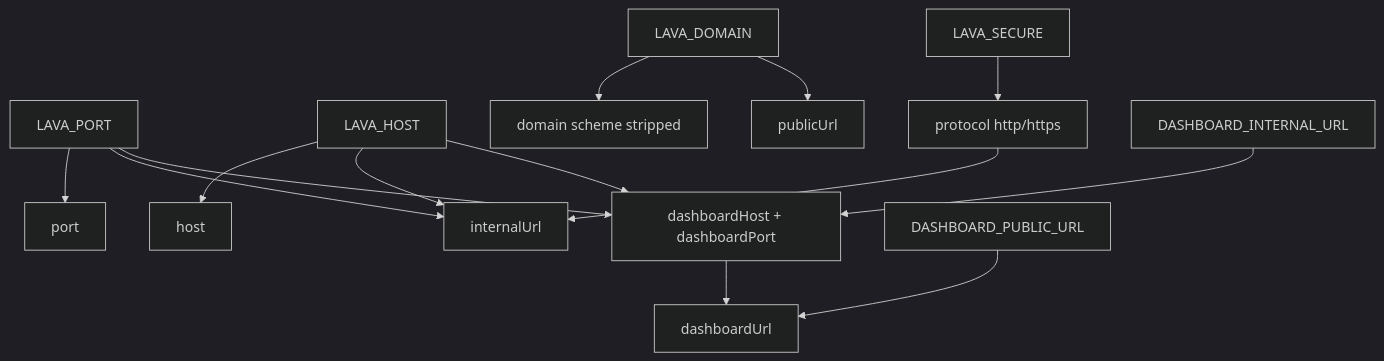
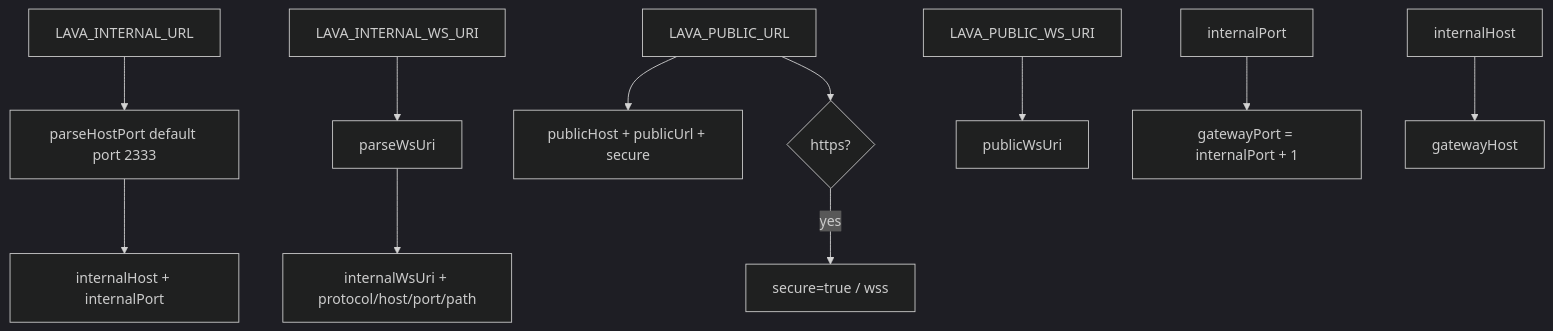
The third of 4 diagrams in .agents/skills/config-management.md (HELIX-Origin/Lavalink-Server), drawn with Mermaid (dark theme) before and after one commit. The commit also changed other lines of this file and 37 other files, not shown here.

Commit message:
🚀 Rework connection handling into internal/public split, add library import support, and expand documentation

````diff
--- a/.agents/skills/config-management.md
+++ b/.agents/skills/config-management.md
@@ -109,14 +102,13 @@
 ```mermaid
 flowchart TD
-    LAVA_PORT[LAVA_PORT] --> Port[port]
-    LAVA_HOST[LAVA_HOST] --> Host[host]
-    LAVA_DOMAIN[LAVA_DOMAIN] --> Domain[domain scheme stripped]
-    LAVA_DOMAIN --> PublicURL[publicUrl]
-    LAVA_HOST & LAVA_PORT --> Internal[internalUrl]
-    LAVA_SECURE[LAVA_SECURE] --> Proto[protocol http/https]
-    Proto --> Internal
-    DASHBOARD_INTERNAL_URL[DASHBOARD_INTERNAL_URL] --> DashHost[dashboardHost + dashboardPort]
-    LAVA_HOST & LAVA_PORT --> DashHost
-    DASHBOARD_PUBLIC_URL[DASHBOARD_PUBLIC_URL] --> DashPublic[dashboardUrl]
-    DashHost --> DashPublic
+    LAVA_INTERNAL_URL[LAVA_INTERNAL_URL] --> parseHostPort[parseHostPort default port 2333]
+    parseHostPort --> HostPort[internalHost + internalPort]
+    LAVA_INTERNAL_WS_URI[LAVA_INTERNAL_WS_URI] --> parseWsUri[parseWsUri]
+    parseWsUri --> WS[internalWsUri + protocol/host/port/path]
+    LAVA_PUBLIC_URL[LAVA_PUBLIC_URL] --> Public[publicHost + publicUrl + secure]
+    LAVA_PUBLIC_WS_URI[LAVA_PUBLIC_WS_URI] --> PublicWS[publicWsUri]
+    LAVA_PUBLIC_URL --> Secure{https?}
+    Secure -->|yes| SSL[secure=true / wss]
+    internalPort --> Gateway[gatewayPort = internalPort + 1]
+    internalHost --> GatewayHost[gatewayHost]
 ```
````
